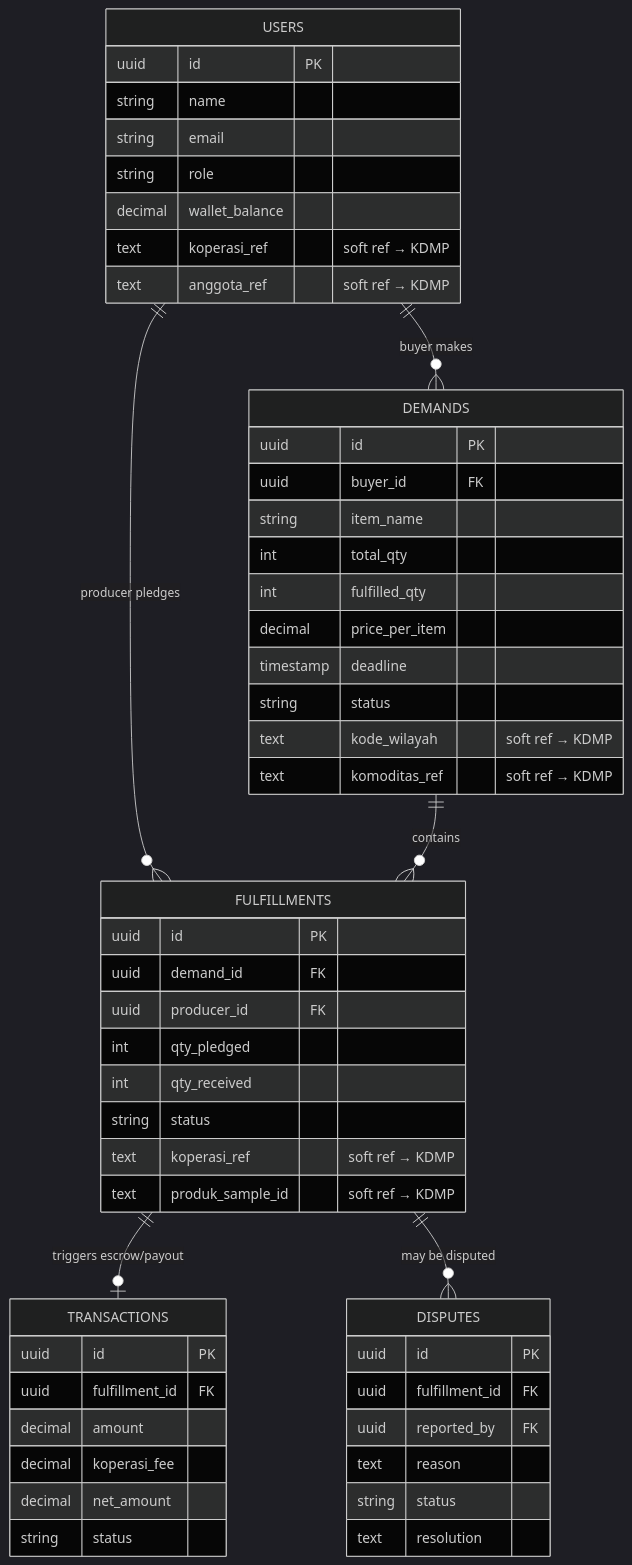
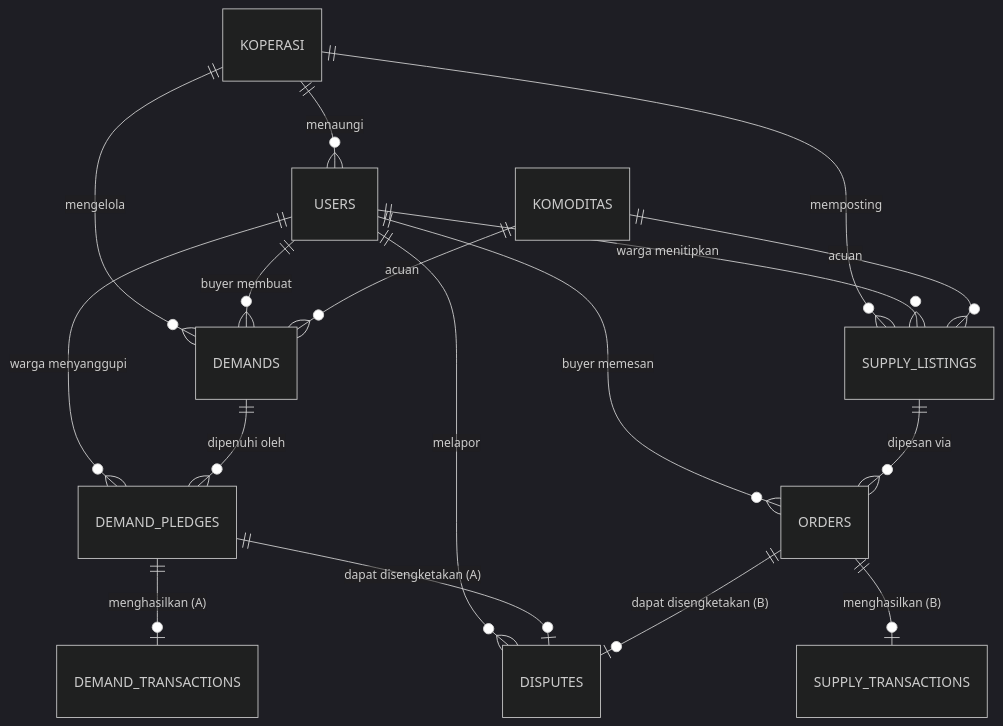
Before and after one commit to niceProg/budes: the second of 2 diagrams in PRD.md, drawn with Mermaid (dark theme). The commit also changed other lines of this file and 9 other files, not shown here.

First line of the commit message:
feat: adapt backend to two-flow model + align docs

````diff
--- a/PRD.md
+++ b/PRD.md
@@ -176,56 +170,19 @@
 ```mermaid
 erDiagram
-    USERS {
-        uuid id PK
-        string name
-        string email
-        string role
-        decimal wallet_balance
-        text koperasi_ref "soft ref → KDMP"
-        text anggota_ref "soft ref → KDMP"
-    }
-    DEMANDS {
-        uuid id PK
-        uuid buyer_id FK
-        string item_name
-        int total_qty
-        int fulfilled_qty
-        decimal price_per_item
-        timestamp deadline
-        string status
-        text kode_wilayah "soft ref → KDMP"
-        text komoditas_ref "soft ref → KDMP"
-    }
-    FULFILLMENTS {
-        uuid id PK
-        uuid demand_id FK
-        uuid producer_id FK
-        int qty_pledged
-        int qty_received
-        string status
-        text koperasi_ref "soft ref → KDMP"
-        text produk_sample_id "soft ref → KDMP"
-    }
-    TRANSACTIONS {
-        uuid id PK
-        uuid fulfillment_id FK
-        decimal amount
-        decimal koperasi_fee
-        decimal net_amount
-        string status
-    }
-    DISPUTES {
-        uuid id PK
-        uuid fulfillment_id FK
-        uuid reported_by FK
-        text reason
-        string status
-        text resolution
-    }
-
-    USERS ||--o{ DEMANDS : "buyer makes"
-    USERS ||--o{ FULFILLMENTS : "producer pledges"
-    DEMANDS ||--o{ FULFILLMENTS : "contains"
-    FULFILLMENTS ||--o| TRANSACTIONS : "triggers escrow/payout"
-    FULFILLMENTS ||--o{ DISPUTES : "may be disputed"
+    KOPERASI ||--o{ USERS           : "menaungi"
+    KOPERASI ||--o{ DEMANDS         : "mengelola"
+    KOPERASI ||--o{ SUPPLY_LISTINGS : "memposting"
+    USERS ||--o{ DEMANDS         : "buyer membuat"
+    USERS ||--o{ DEMAND_PLEDGES  : "warga menyanggupi"
+    USERS ||--o{ SUPPLY_LISTINGS : "warga menitipkan"
+    USERS ||--o{ ORDERS          : "buyer memesan"
+    USERS ||--o{ DISPUTES        : "melapor"
+    KOMODITAS ||--o{ DEMANDS         : "acuan"
+    KOMODITAS ||--o{ SUPPLY_LISTINGS : "acuan"
+    DEMANDS         ||--o{ DEMAND_PLEDGES : "dipenuhi oleh"
+    SUPPLY_LISTINGS ||--o{ ORDERS        : "dipesan via"
+    DEMAND_PLEDGES ||--o| DEMAND_TRANSACTIONS : "menghasilkan (A)"
+    ORDERS         ||--o| SUPPLY_TRANSACTIONS : "menghasilkan (B)"
+    DEMAND_PLEDGES ||--o| DISPUTES : "dapat disengketakan (A)"
+    ORDERS         ||--o| DISPUTES : "dapat disengketakan (B)"
 ```
````
